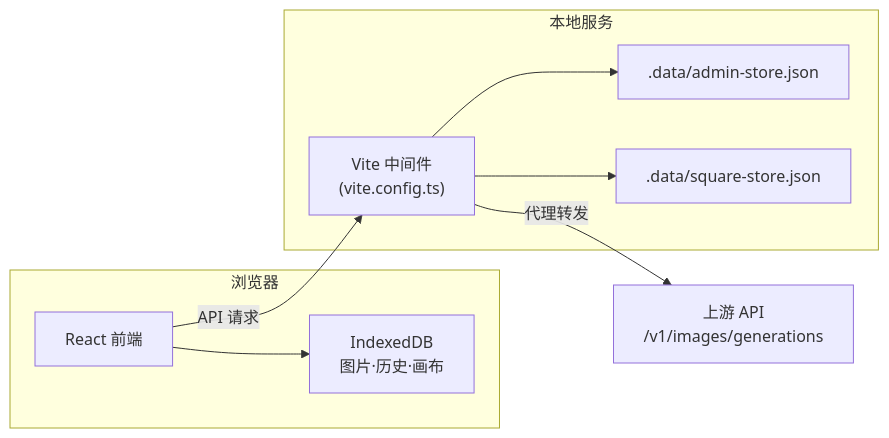
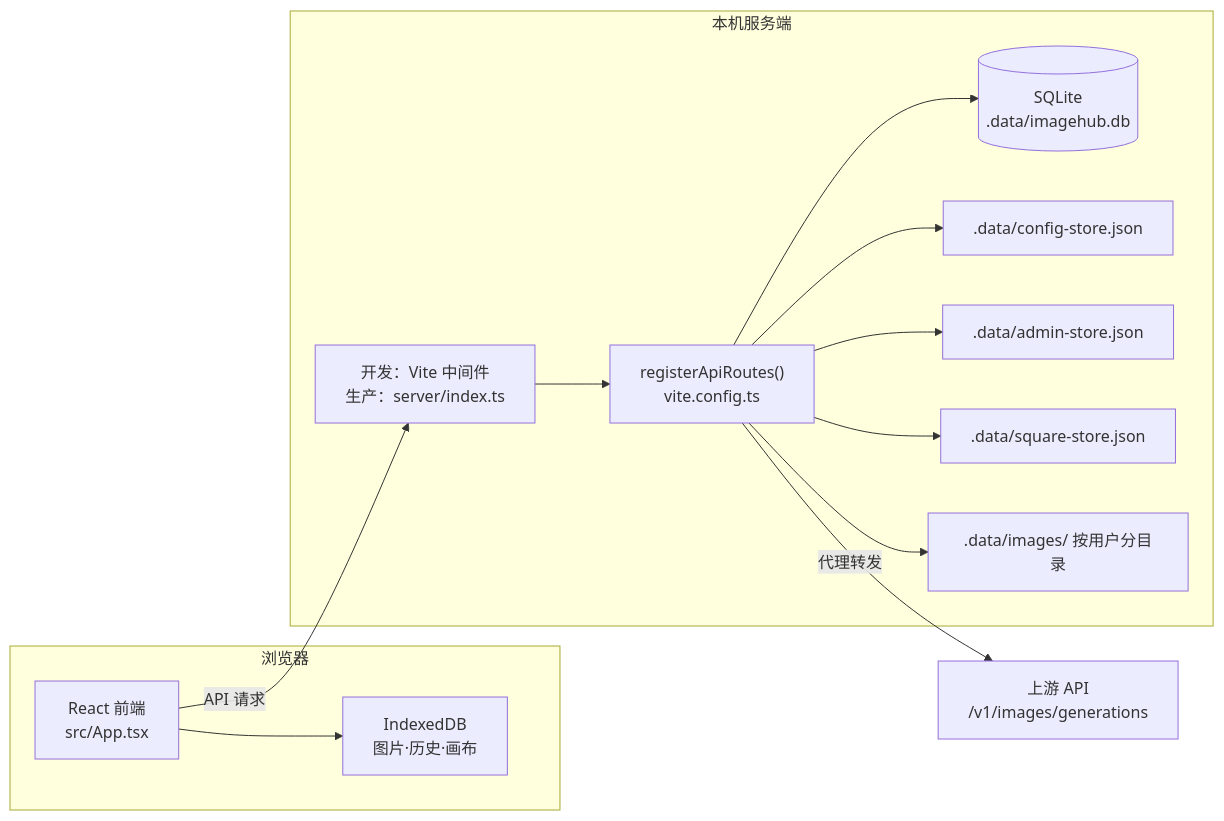
Before and after one commit to d100000/ImageHub: the diagram in README.md, drawn with Mermaid. The commit also changed other lines of this file and 54 other files, not shown here.

````diff
--- a/README.md
+++ b/README.md
@@ -131,17 +166,25 @@
 ```mermaid
 flowchart LR
   subgraph 浏览器
-    UI["React 前端"]
+    UI["React 前端<br/>src/App.tsx"]
     IDB["IndexedDB<br/>图片·历史·画布"]
     UI --> IDB
   end
-  subgraph 本地服务
-    Proxy["Vite 中间件<br/>(vite.config.ts)"]
-    AdminStore[".data/admin-store.json"]
-    SquareStore[".data/square-store.json"]
-    Proxy --> AdminStore
-    Proxy --> SquareStore
+  subgraph 本机服务端
+    Routes["registerApiRoutes()<br/>vite.config.ts"]
+    Host["开发：Vite 中间件<br/>生产：server/index.ts"]
+    DB[("SQLite<br/>.data/imagehub.db")]
+    Cfg[".data/config-store.json"]
+    Admin[".data/admin-store.json"]
+    Sq[".data/square-store.json"]
+    Img[".data/images/ 按用户分目录"]
+    Host --> Routes
+    Routes --> DB
+    Routes --> Cfg
+    Routes --> Admin
+    Routes --> Sq
+    Routes --> Img
   end
-  UI -->|"API 请求"| Proxy
-  Proxy -->|"代理转发"| Upstream["上游 API<br/>/v1/images/generations"]
+  UI -->|"API 请求"| Host
+  Routes -->|"代理转发"| Upstream["上游 API<br/>/v1/images/generations"]
 ```
````
